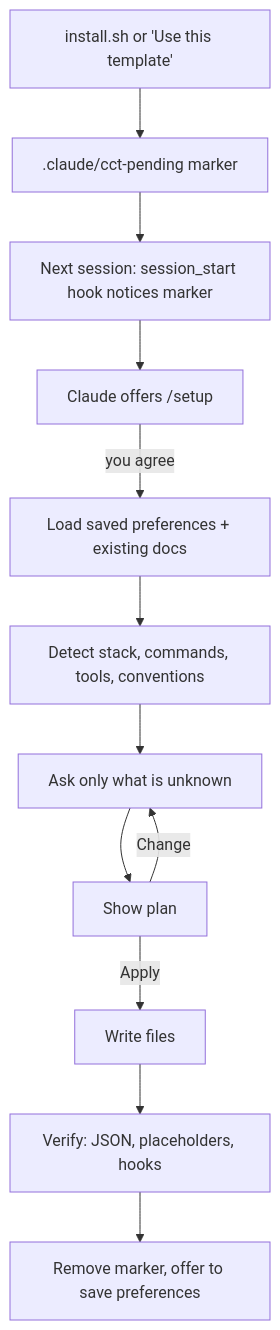
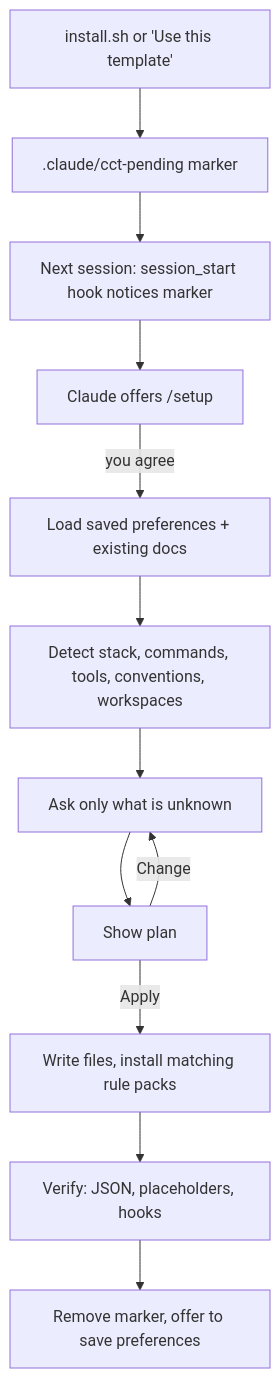
One commit to John99101/claude-code-project-template changed the diagram in docs/GUIDE.md. Above: the diagram before and after it, drawn with Mermaid. The commit also changed other lines of this file and 64 other files, not shown here.

````diff
--- a/docs/GUIDE.md
+++ b/docs/GUIDE.md
@@ -135,14 +144,14 @@
 ```mermaid
 flowchart TD
     A[install.sh or 'Use this template'] --> B[.claude/cct-pending marker]
     B --> C[Next session: session_start hook notices marker]
     C --> D[Claude offers /setup]
     D -->|you agree| E[Load saved preferences + existing docs]
-    E --> F[Detect stack, commands, tools, conventions]
+    E --> F[Detect stack, commands, tools, conventions, workspaces]
     F --> G[Ask only what is unknown]
     G --> H[Show plan]
-    H -->|Apply| I[Write files]
+    H -->|Apply| I[Write files, install matching rule packs]
     H -->|Change| G
     I --> J[Verify: JSON, placeholders, hooks]
     J --> K[Remove marker, offer to save preferences]
 ```
````
